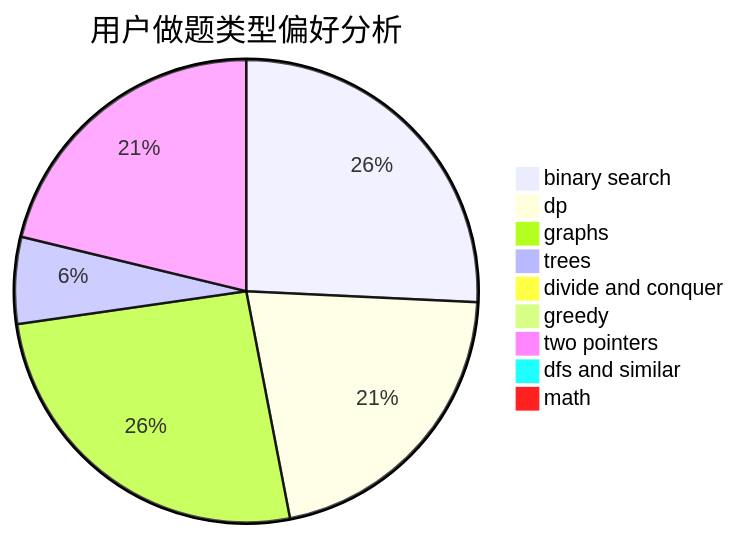
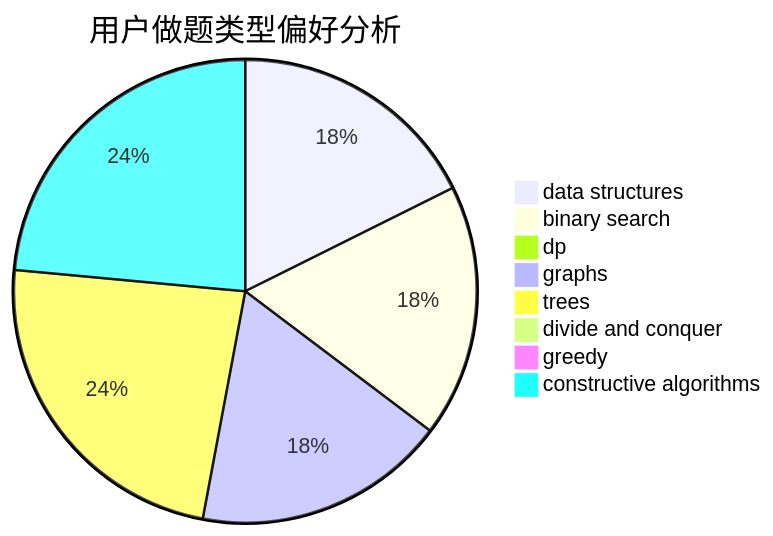
The second of 3 diagrams in docs/user/u1249.md (sherpahu/cfrs.github.io), drawn with Mermaid before and after one commit. The commit also changed other lines of this file and 2775 other files, not shown here.

````diff
--- a/docs/user/u1249.md
+++ b/docs/user/u1249.md
@@ -23,12 +23,11 @@
 ```mermaid
 pie title 用户做题类型偏好分析
-    "binary search" :  17
-    "dp" :  14
-    "graphs" :  17
+    "data structures" :  3
+    "binary search" :  3
+    "dp" :  0
+    "graphs" :  3
     "trees" :  4
     "divide and conquer" :  0
     "greedy" :  0
-    "two pointers" :  14
-    "dfs and similar" :  0
-    "math" :  0
+    "constructive algorithms" :  4
 ```
````
